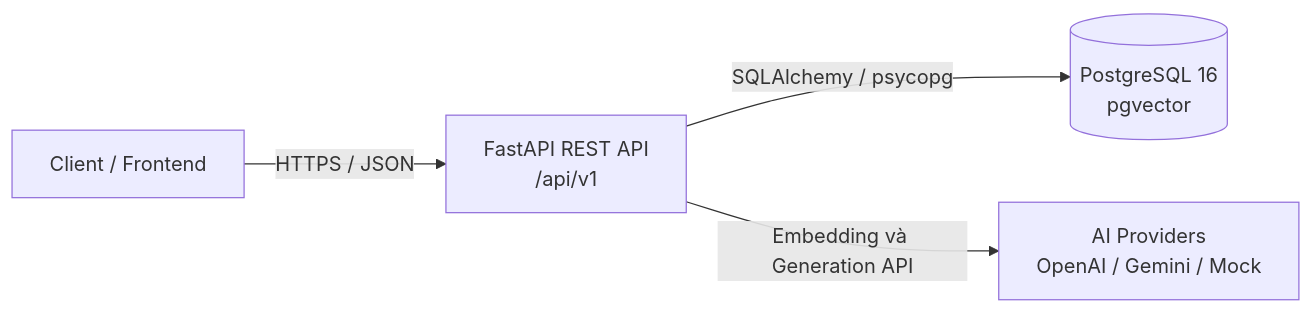
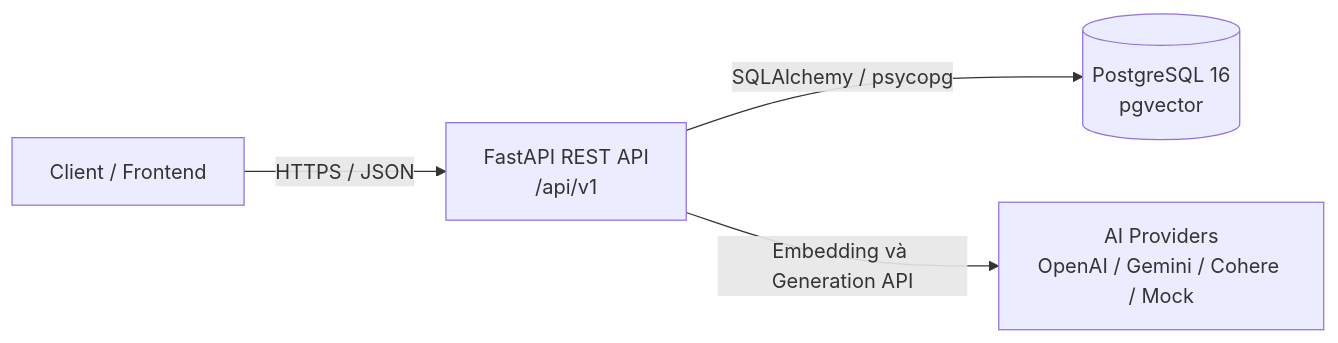
The first of 7 diagrams in docs/RAG_Architecture_Design.md (NDQuynh259/ragflow-api), drawn with Mermaid before and after one commit. The commit also changed other lines of this file and 9 other files, not shown here.

````diff
--- a/docs/RAG_Architecture_Design.md
+++ b/docs/RAG_Architecture_Design.md
@@ -45,11 +45,11 @@
 ```mermaid
 flowchart LR
     Client[Client / Frontend]
     API[FastAPI REST API<br/>/api/v1]
     DB[(PostgreSQL 16<br/>pgvector)]
-    AI[AI Providers<br/>OpenAI / Gemini / Mock]
+    AI[AI Providers<br/>OpenAI / Gemini / Cohere / Mock]
 
     Client -->|HTTPS / JSON| API
     API -->|SQLAlchemy / psycopg| DB
     API -->|Embedding và Generation API| AI
 ```
````
